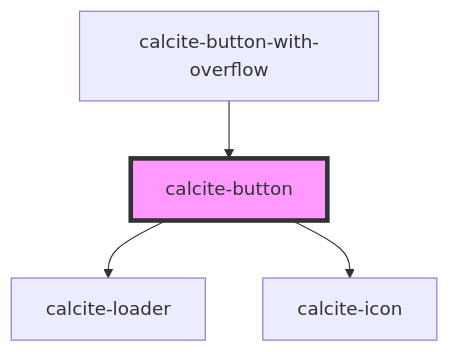
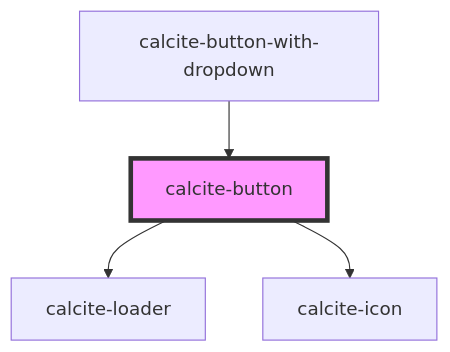
Before and after one commit to vikivakarvc/calcite-design-system: the diagram in src/components/calcite-button/readme.md, drawn with Mermaid. The commit also changed other lines of this file and 8 other files, not shown here.

Commit message:
Rename to calcite-button-with-dropdown

````diff
--- a/src/components/calcite-button/readme.md
+++ b/src/components/calcite-button/readme.md
@@ -54,7 +54,7 @@
 ```mermaid
 graph TD;
   calcite-button --> calcite-loader
   calcite-button --> calcite-icon
-  calcite-button-with-overflow --> calcite-button
+  calcite-button-with-dropdown --> calcite-button
   style calcite-button fill:#f9f,stroke:#333,stroke-width:4px
 ```
````
